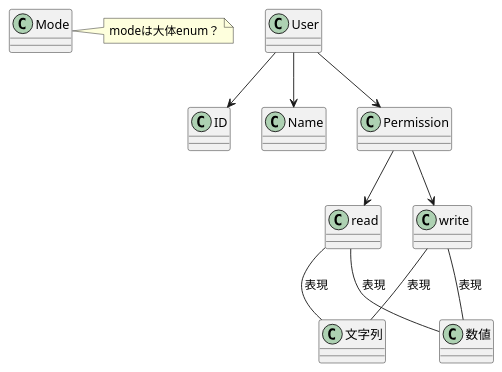
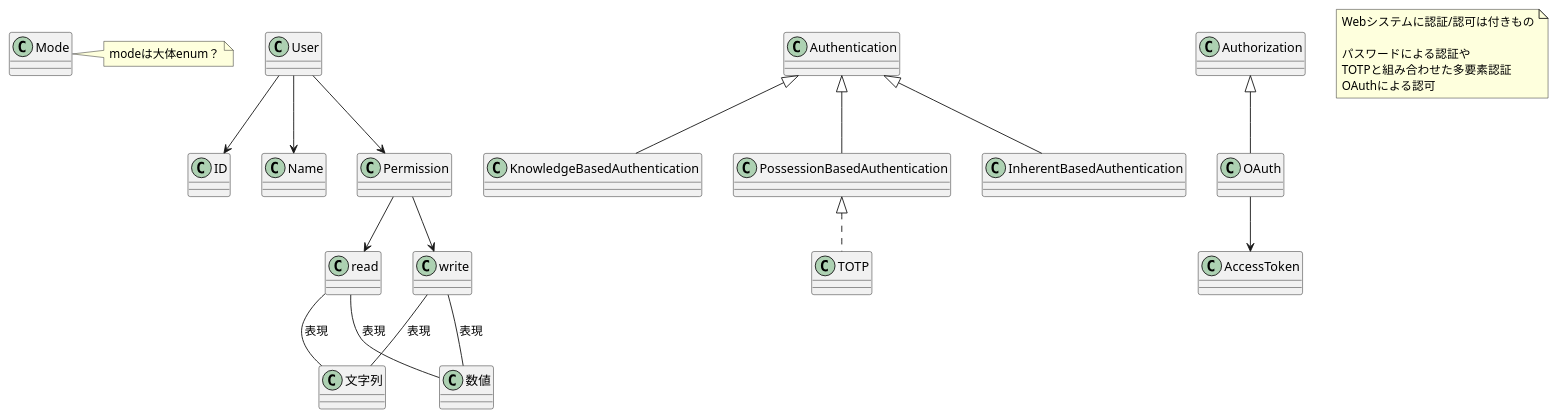
One commit to beli68/ontologies changed the diagram in sandbox/GenericAPI.puml. Above: the diagram before and after it, drawn with PlantUML.

Commit message:
update: 認証認可の情報がいる

```diff
--- a/sandbox/GenericAPI.puml
+++ b/sandbox/GenericAPI.puml
@@ -1,35 +1,67 @@
 @startuml APPLICATION
 
 class ID{}
 
 Class Name{}
 
 Class Mode{}
 
 note right of Mode
     modeは大体enum？
 end note
 
 
 Class Permission{}
 
 Class 文字列{}
 Class 数値{}
 Class read{}
 Class write{}
 
 Permission --> read
 read -- 数値 : 表現
 read -- 文字列 : 表現
 Permission --> write
 write -- 数値 : 表現
 write -- 文字列 : 表現
 
 Class User{}
 User --> ID
 User --> Permission
 User --> Name
 
+Class Authentication{}
 
+Class KnowledgeBasedAuthentication{}
+Authentication <|-- KnowledgeBasedAuthentication
+
+Class PossessionBasedAuthentication{}
+Authentication <|-- PossessionBasedAuthentication
+
+Class TOTP{}
+
+PossessionBasedAuthentication <|.. TOTP
+
+Class InherentBasedAuthentication{}
+
+Authentication <|-- InherentBasedAuthentication
+
+Class Authorization{}
+
+Class OAuth{}
+
+Authorization <|-- OAuth
+
+Class AccessToken
+
+OAuth-->AccessToken
+
+note as n1
+Webシステムに認証/認可は付きもの
+
+パスワードによる認証や
+TOTPと組み合わせた多要素認証
+OAuthによる認可
+end note
 
 @enduml
```
